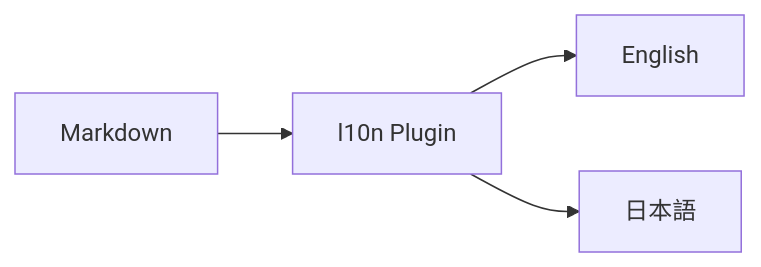
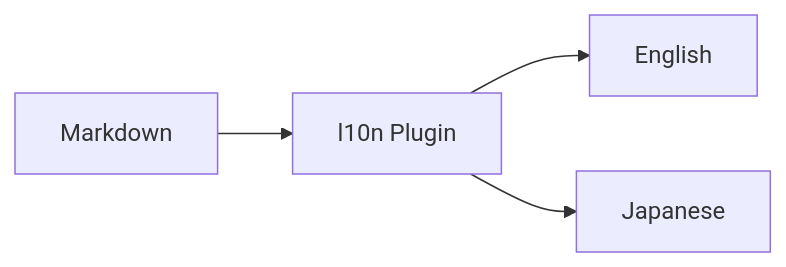
The first of 6 diagrams in docs/docs/guides/localization.md (Rerurate514/riebeckite), drawn with Mermaid before and after one commit. The commit also changed other lines of this file and 604 other files, not shown here.

````diff
--- a/docs/docs/guides/localization.md
+++ b/docs/docs/guides/localization.md
@@ -15,11 +5,11 @@
 ```mermaid
 flowchart LR
     Content["Markdown"]
     L10n["l10n Plugin"]
     EN["English"]
-    JA["日本語"]
+    JA["Japanese"]
 
     Content --> L10n
     L10n --> EN
     L10n --> JA
 ```
````
